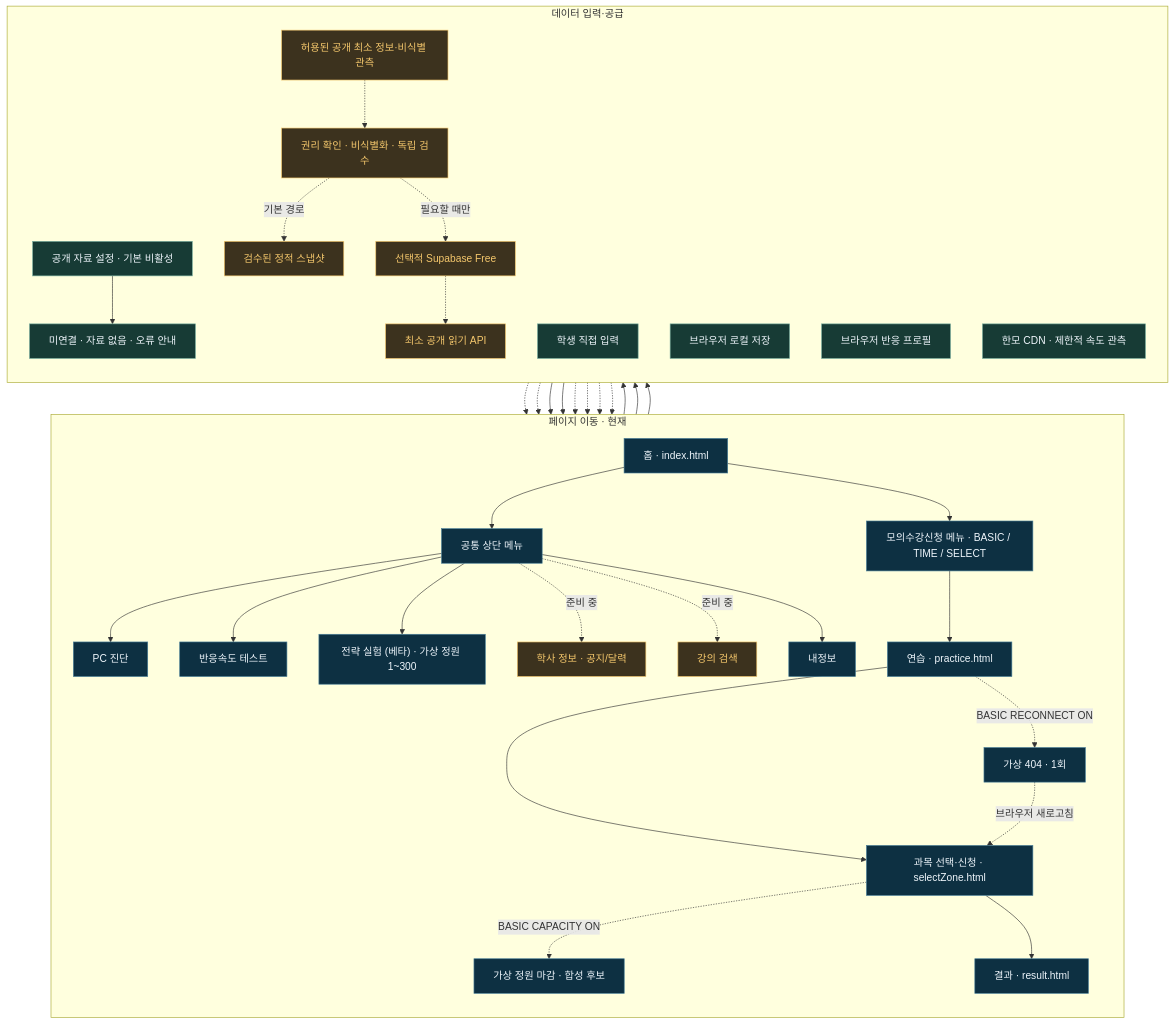
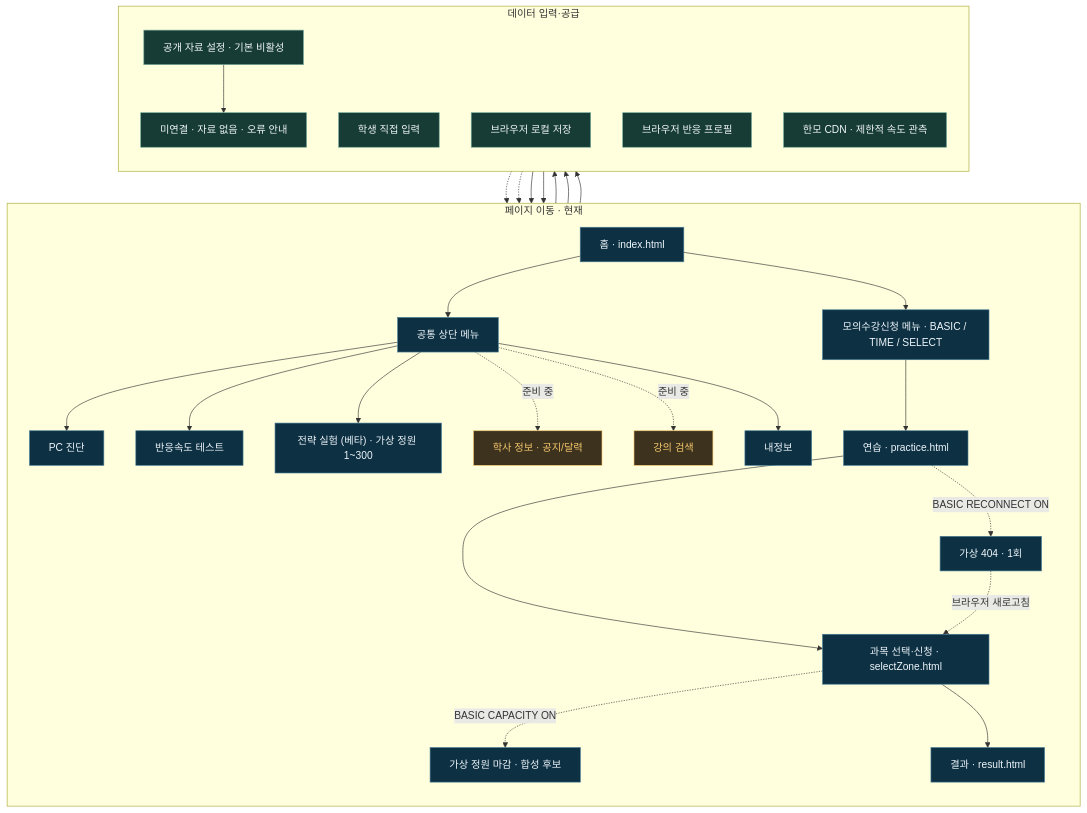
The second of 2 diagrams in README.md (chny0n/Hanmo), drawn with Mermaid before and after one commit. The commit also changed other lines of this file and 139 other files, not shown here.

````diff
--- a/README.md
+++ b/README.md
@@ -126,47 +126,40 @@
 ```mermaid
 flowchart TB
     subgraph P["페이지 이동 · 현재"]
         direction TB
         H["홈 · index.html"] --> NAV["공통 상단 메뉴"]
         NAV --> PC["PC 진단"]
         NAV --> RT["반응속도 테스트"]
         NAV --> ST["전략 실험 (베타) · 가상 정원 1~300"]
         NAV -. "준비 중" .-> N["학사 정보 · 공지/달력"]
         NAV -. "준비 중" .-> C["강의 검색"]
         NAV --> I["내정보"]
         H --> M["모의수강신청 메뉴 · BASIC / TIME / SELECT"]
         M --> PR["연습 · practice.html"]
         PR --> SZ["과목 선택·신청 · selectZone.html"]
         PR -. "BASIC RECONNECT ON" .-> ERR["가상 404 · 1회"]
         ERR -. "브라우저 새로고침" .-> SZ
         SZ -. "BASIC CAPACITY ON" .-> CAP["가상 정원 마감 · 합성 후보"]
         SZ --> R["결과 · result.html"]
     end
 
     subgraph D["데이터 입력·공급"]
         direction TB
         J["공개 자료 설정 · 기본 비활성"] --> E["미연결 · 자료 없음 · 오류 안내"]
         E -.-> N
         E -.-> C
         U["학생 직접 입력"] --> I
         I --> LS["브라우저 로컬 저장"]
         RT --> RP["브라우저 반응 프로필"]
         RP --> ST
         PC --> CDN["한모 CDN · 제한적 속도 관측"]
-        S["허용된 공개 최소 정보·비식별 관측"] -.-> V["권리 확인 · 비식별화 · 독립 검수"]
-        V -. "기본 경로" .-> SNAP["검수된 정적 스냅샷"]
-        V -. "필요할 때만" .-> DB["선택적 Supabase Free"]
-        SNAP -.-> N
-        SNAP -.-> C
-        DB -.-> API["최소 공개 읽기 API"]
-        API -.-> N
-        API -.-> C
+
     end
 
     classDef page fill:#0d3042,stroke:#467c96,color:#eff6fc
     classDef data fill:#173b35,stroke:#78ad9e,color:#eff6fc
     classDef planned fill:#3c321e,stroke:#f4c76c,color:#f4c76c
     class H,NAV,PC,RT,ST,I,M,PR,SZ,R,ERR,CAP page
     class J,E,U,LS,RP,CDN data
-    class S,V,SNAP,DB,API,N,C planned
+    class N,C planned
 ```
````
